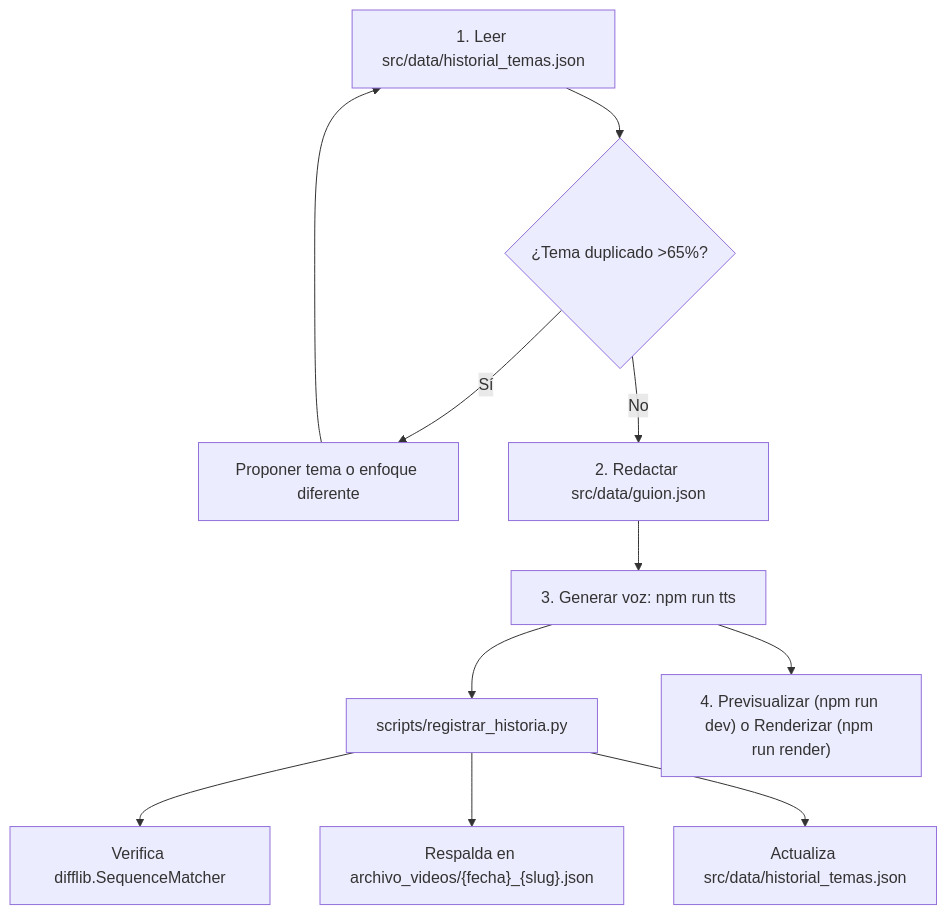
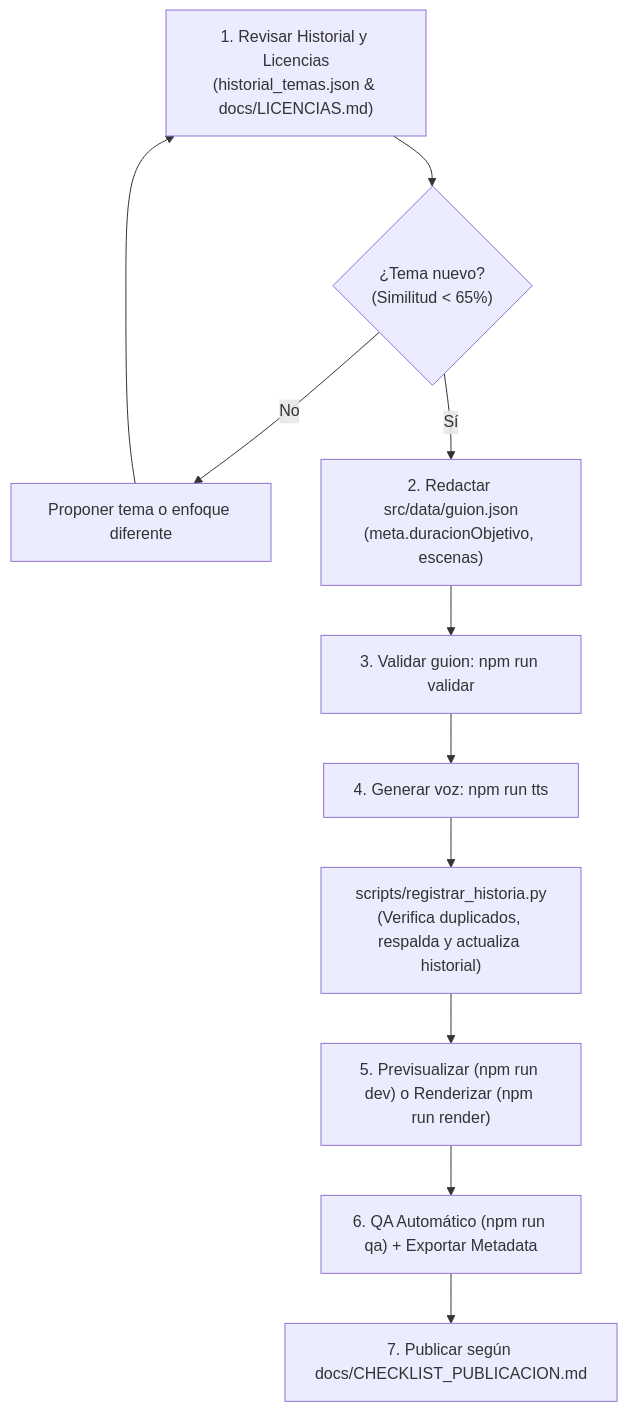
Before and after one commit to AlexVD1/AutoPNGTuber: the diagram in WORKFLOW.md, drawn with Mermaid. The commit also changed other lines of this file and 321 other files, not shown here.

````diff
--- a/WORKFLOW.md
+++ b/WORKFLOW.md
@@ -23,13 +24,13 @@
 ```mermaid
 flowchart TD
-    A["1. Leer src/data/historial_temas.json"] --> B{"¿Tema duplicado >65%?"}
-    B -- Sí --> C["Proponer tema o enfoque diferente"]
+    A["1. Revisar Historial y Licencias<br>(historial_temas.json & docs/LICENCIAS.md)"] --> B{"¿Tema nuevo?<br>(Similitud < 65%)"}
+    B -- No --> C["Proponer tema o enfoque diferente"]
     C --> A
-    B -- No --> D["2. Redactar src/data/guion.json"]
-    D --> E["3. Generar voz: npm run tts"]
-    E --> F["scripts/registrar_historia.py"]
-    F --> G["Verifica difflib.SequenceMatcher"]
-    F --> H["Respalda en archivo_videos/{fecha}_{slug}.json"]
-    F --> I["Actualiza src/data/historial_temas.json"]
-    E --> J["4. Previsualizar (npm run dev) o Renderizar (npm run render)"]
+    B -- Sí --> D["2. Redactar src/data/guion.json<br>(meta.duracionObjetivo, escenas)"]
+    D --> E["3. Validar guion: npm run validar"]
+    E --> F["4. Generar voz: npm run tts"]
+    F --> G["scripts/registrar_historia.py<br>(Verifica duplicados, respalda y actualiza historial)"]
+    G --> H["5. Previsualizar (npm run dev) o Renderizar (npm run render)"]
+    H --> I["6. QA Automático (npm run qa) + Exportar Metadata"]
+    I --> J["7. Publicar según docs/CHECKLIST_PUBLICACION.md"]
 ```
````
